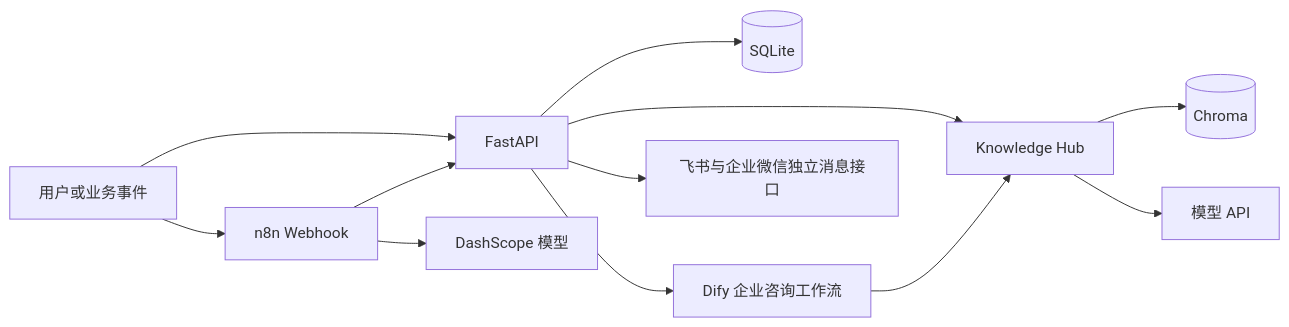
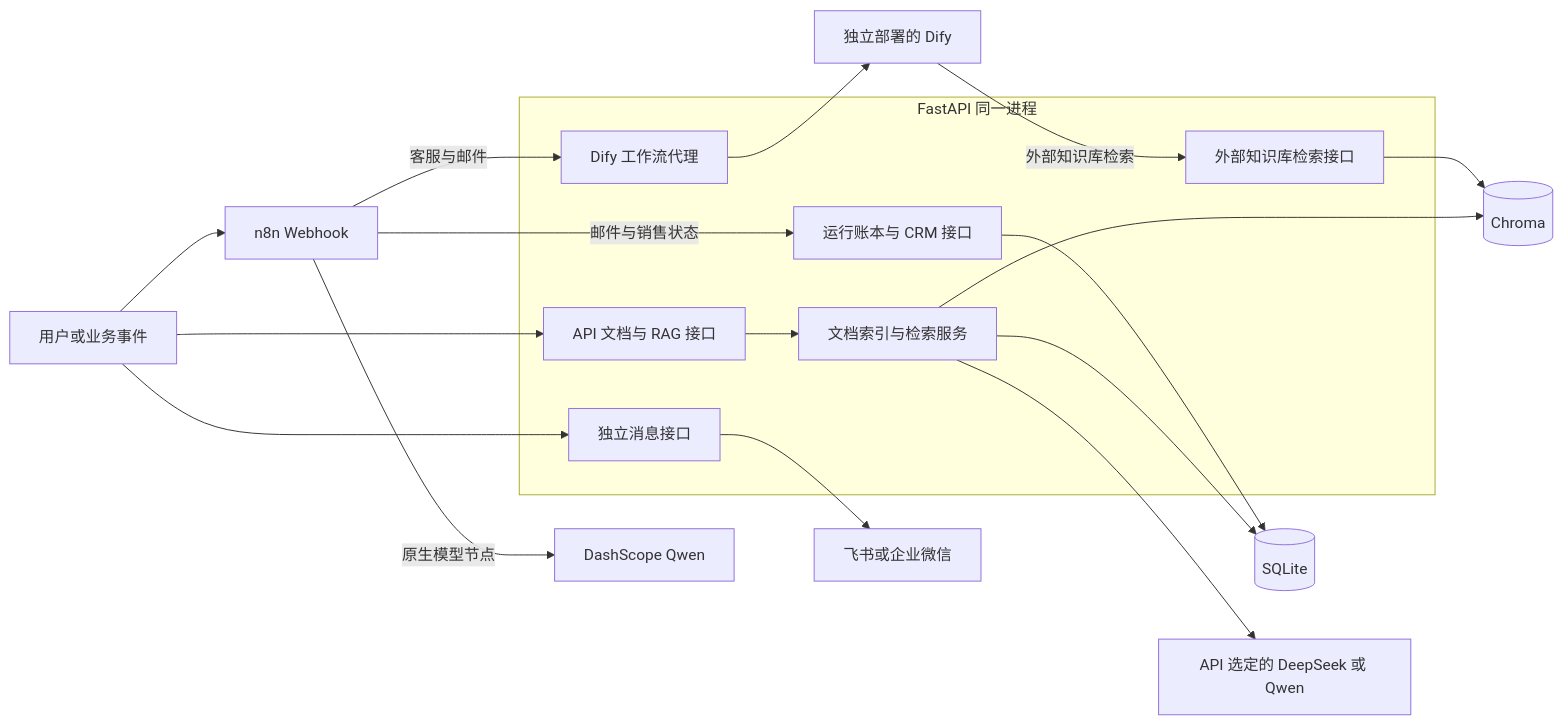
The first of 2 diagrams in docs/architecture.md (LiuXY-git/enterprise-ai-platform), drawn with Mermaid before and after one commit. The commit also changed other lines of this file and 7 other files, not shown here.

Commit message:
docs: add user guide and refresh platform architecture

````diff
--- a/docs/architecture.md
+++ b/docs/architecture.md
@@ -7,14 +7,24 @@
 ```mermaid
 flowchart LR
-    User[用户或业务事件] --> API[FastAPI]
-    User --> N8N[n8n Webhook]
-    API --> DB[(SQLite)]
-    API --> RAG[Knowledge Hub]
+    User[用户或业务事件] --> N8N[n8n Webhook]
+    User --> Upload[API 文档与 RAG 接口]
+    subgraph API[FastAPI 同一进程]
+        Upload --> RAG[文档索引与检索服务]
+        DifyRoute[Dify 工作流代理]
+        Retrieval[外部知识库检索接口]
+        Runs[运行账本与 CRM 接口]
+        Notify[独立消息接口]
+    end
+    RAG --> DB[(SQLite)]
     RAG --> Chroma[(Chroma)]
-    RAG --> LLM[模型 API]
-    N8N --> API
-    API --> Dify[Dify 企业咨询工作流]
-    Dify --> RAG
-    N8N --> Qwen[DashScope 模型]
-    API --> Notify[飞书与企业微信独立消息接口]
+    RAG --> LLM[API 选定的 DeepSeek 或 Qwen]
+    N8N -->|客服与邮件| DifyRoute
+    DifyRoute --> Dify[独立部署的 Dify]
+    Dify -->|外部知识库检索| Retrieval
+    Retrieval --> Chroma
+    N8N -->|邮件与销售状态| Runs
+    Runs --> DB
+    N8N -->|原生模型节点| Qwen[DashScope Qwen]
+    User --> Notify
+    Notify --> Channels[飞书或企业微信]
 ```
````
